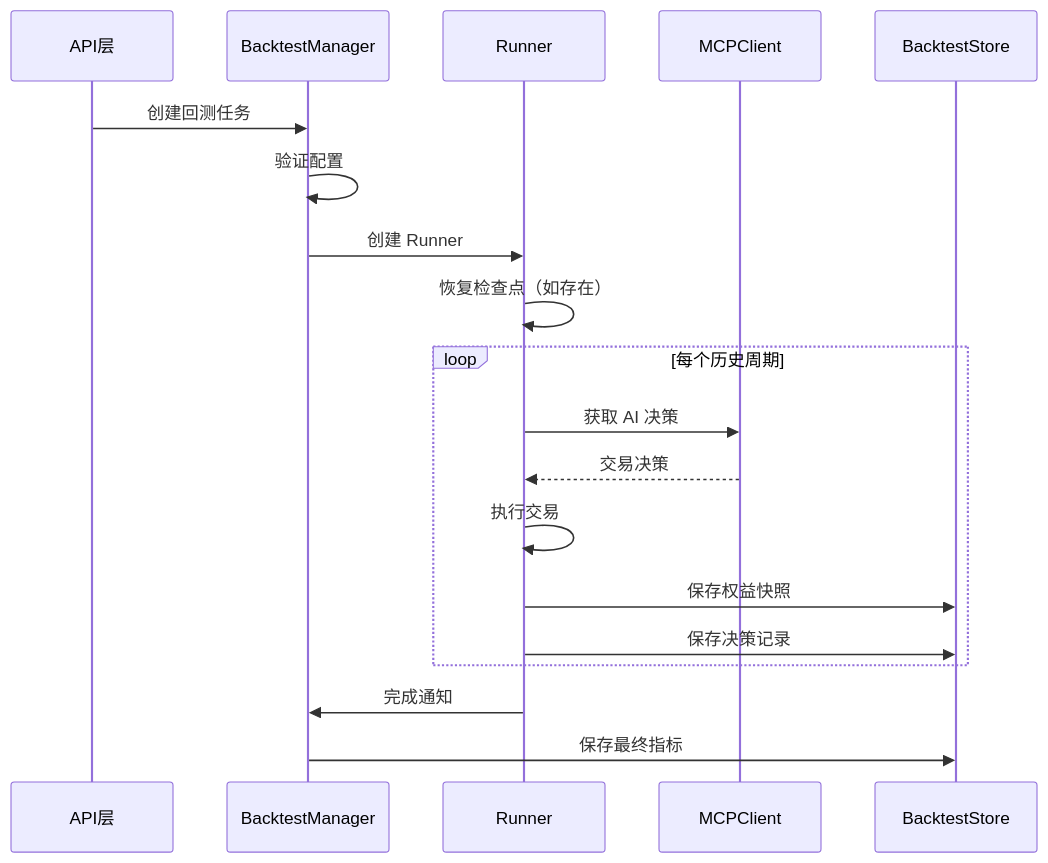
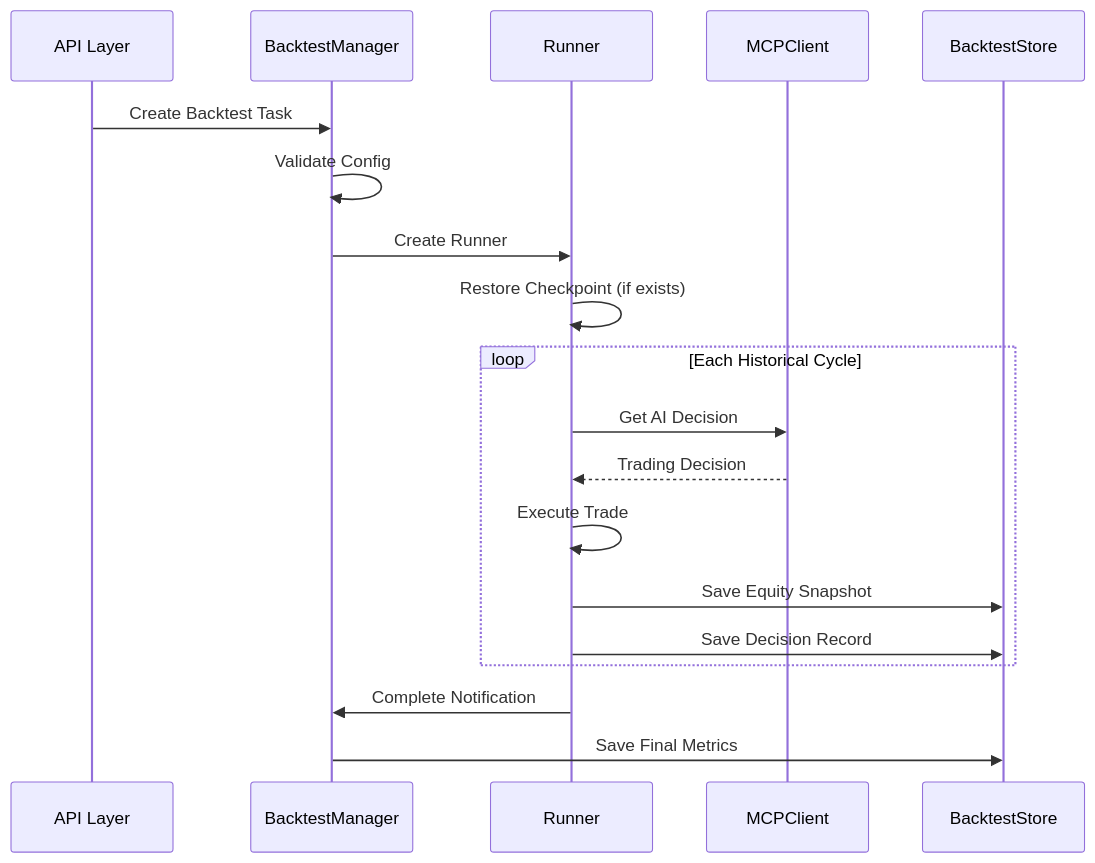
Before and after one commit to zcxGGmu/DeepAlpha: the tenth of 11 diagrams in docs/improve/kilo-code/NOFX-技术分析报告.md, drawn with Mermaid. The commit also changed other lines of this file, not shown here.

Commit message:
fix: 修复 Mermaid 图表中文标签兼容性问题

````diff
--- a/docs/improve/kilo-code/NOFX-技术分析报告.md
+++ b/docs/improve/kilo-code/NOFX-技术分析报告.md
@@ -1065,22 +1073,22 @@
 ```mermaid
 sequenceDiagram
-    participant API as API层
+    participant API as API Layer
     participant BM as BacktestManager
     participant Runner as Runner
     participant AI as MCPClient
     participant DB as BacktestStore
     
-    API->>BM: 创建回测任务
-    BM->>BM: 验证配置
-    BM->>Runner: 创建 Runner
-    Runner->>Runner: 恢复检查点（如存在）
-    loop 每个历史周期
-        Runner->>AI: 获取 AI 决策
-        AI-->>Runner: 交易决策
-        Runner->>Runner: 执行交易
-        Runner->>DB: 保存权益快照
-        Runner->>DB: 保存决策记录
+    API->>BM: Create Backtest Task
+    BM->>BM: Validate Config
+    BM->>Runner: Create Runner
+    Runner->>Runner: Restore Checkpoint (if exists)
+    loop Each Historical Cycle
+        Runner->>AI: Get AI Decision
+        AI-->>Runner: Trading Decision
+        Runner->>Runner: Execute Trade
+        Runner->>DB: Save Equity Snapshot
+        Runner->>DB: Save Decision Record
     end
-    Runner->>BM: 完成通知
-    BM->>DB: 保存最终指标
+    Runner->>BM: Complete Notification
+    BM->>DB: Save Final Metrics
 ```
````
